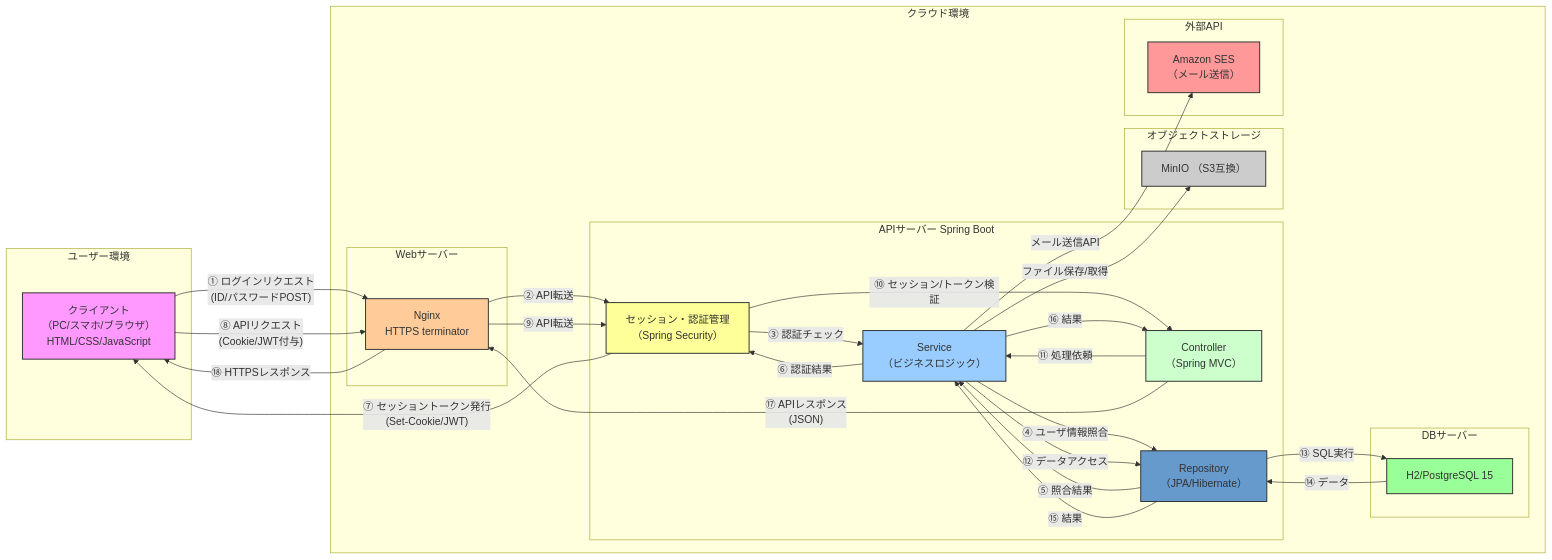
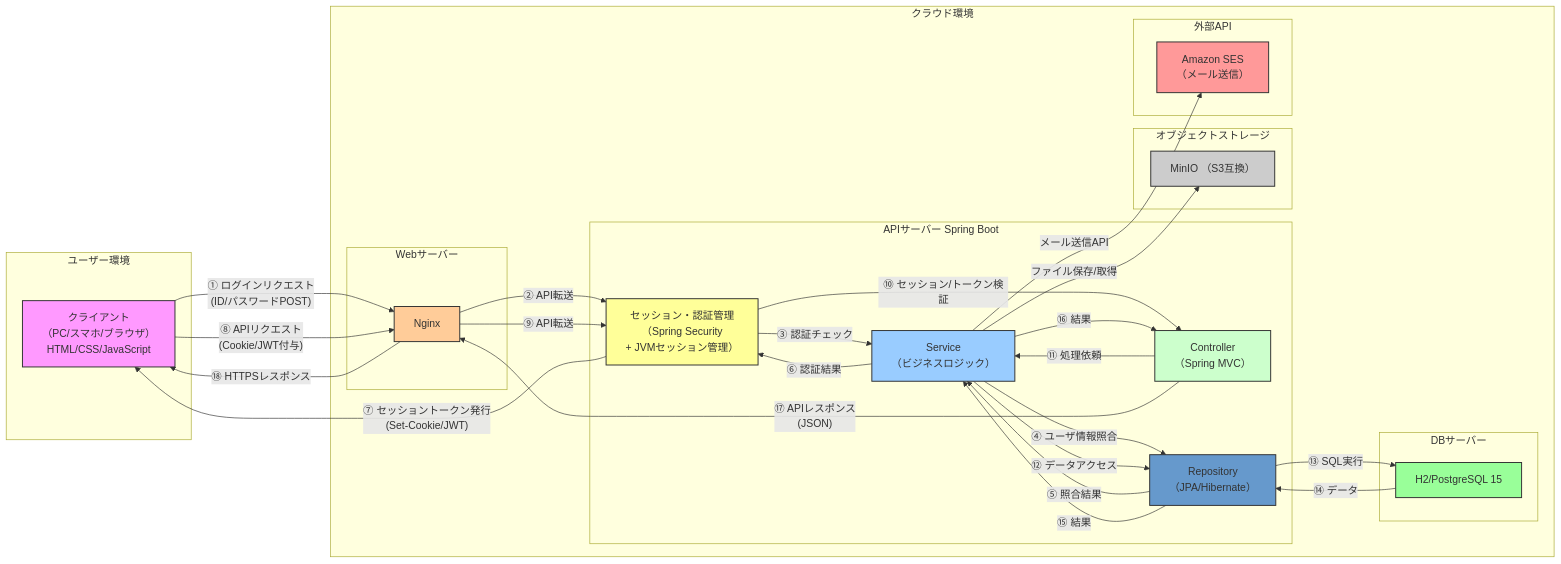
One commit to shogomaeda758/Bacon changed the diagram in 詳細設計/2.md. Above: the diagram before and after it, drawn with Mermaid.

Commit message:
システム

```diff
--- a/詳細設計/2.md
+++ b/詳細設計/2.md
@@ -7,77 +7,77 @@
 <div class="mermaid">
 graph LR
     subgraph ユーザー環境
         A[クライアント<br>（PC/スマホ/ブラウザ）<br>HTML/CSS/JavaScript]
     end
 
 
     subgraph クラウド環境
         subgraph Webサーバー
-            B[Nginx<br>HTTPS terminator]
+            B[Nginx]
         end
 
 
         subgraph APIサーバー Spring Boot
-            S[セッション・認証管理<br>（Spring Security）]
+            S[セッション・認証管理<br>（Spring Security<br>+ JVMセッション管理）]
             C[Controller<br>（Spring MVC）]
             D[Service<br>（ビジネスロジック）]
             E[Repository<br>（JPA/Hibernate）]
         end
 
 
         subgraph DBサーバー
             F[H2/PostgreSQL 15]
         end
 
 
         subgraph オブジェクトストレージ
             G[MinIO （S3互換）]
         end
 
 
         subgraph 外部API
             H[Amazon SES<br>（メール送信）]
         end
     end
 
 
     %% ログイン処理フロー
     A -- ① ログインリクエスト<br>(ID/パスワードPOST) --> B
     B -- ② API転送 --> S
     S -- ③ 認証チェック --> D
     D -- ④ ユーザ情報照合 --> E
     E -- ⑤ 照合結果 --> D
     D -- ⑥ 認証結果 --> S
     S -- ⑦ セッショントークン発行<br>(Set-Cookie/JWT) --> A
 
 
     %% 認証付きAPIアクセス
     A -- ⑧ APIリクエスト<br>(Cookie/JWT付与) --> B
     B -- ⑨ API転送 --> S
     S -- ⑩ セッション/トークン検証 --> C
     C -- ⑪ 処理依頼 --> D
     D -- ⑫ データアクセス --> E
     E -- ⑬ SQL実行 --> F
     F -- ⑭ データ --> E
     E -- ⑮ 結果 --> D
     D -- ⑯ 結果 --> C
     C -- ⑰ APIレスポンス<br>(JSON) --> B
     B -- ⑱ HTTPSレスポンス --> A
 
 
     %% さらにストレージや外部API呼び出し
     D -- ファイル保存/取得 --> G
     D -- メール送信API --> H
 
 
     %% スタイル
     style A fill:#f9f,stroke:#333,stroke-width:1.5px
     style B fill:#ffcc99,stroke:#333,stroke-width:1.5px
     style C fill:#ccffcc,stroke:#333,stroke-width:1.5px
     style D fill:#99ccff,stroke:#333,stroke-width:1.5px
     style E fill:#6699cc,stroke:#333,stroke-width:1.5px
     style F fill:#99ff99,stroke:#333,stroke-width:1.5px
     style G fill:#cccccc,stroke:#333,stroke-width:1.5px
     style H fill:#ff9999,stroke:#333,stroke-width:1.5px
     style S fill:#ffff99,stroke:#333,stroke-width:1.5px
 </div>
```
